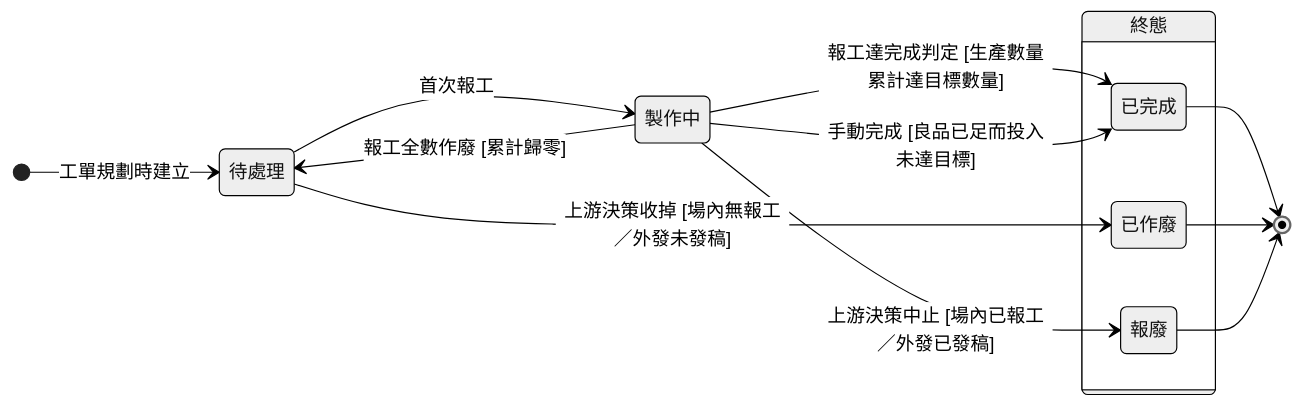
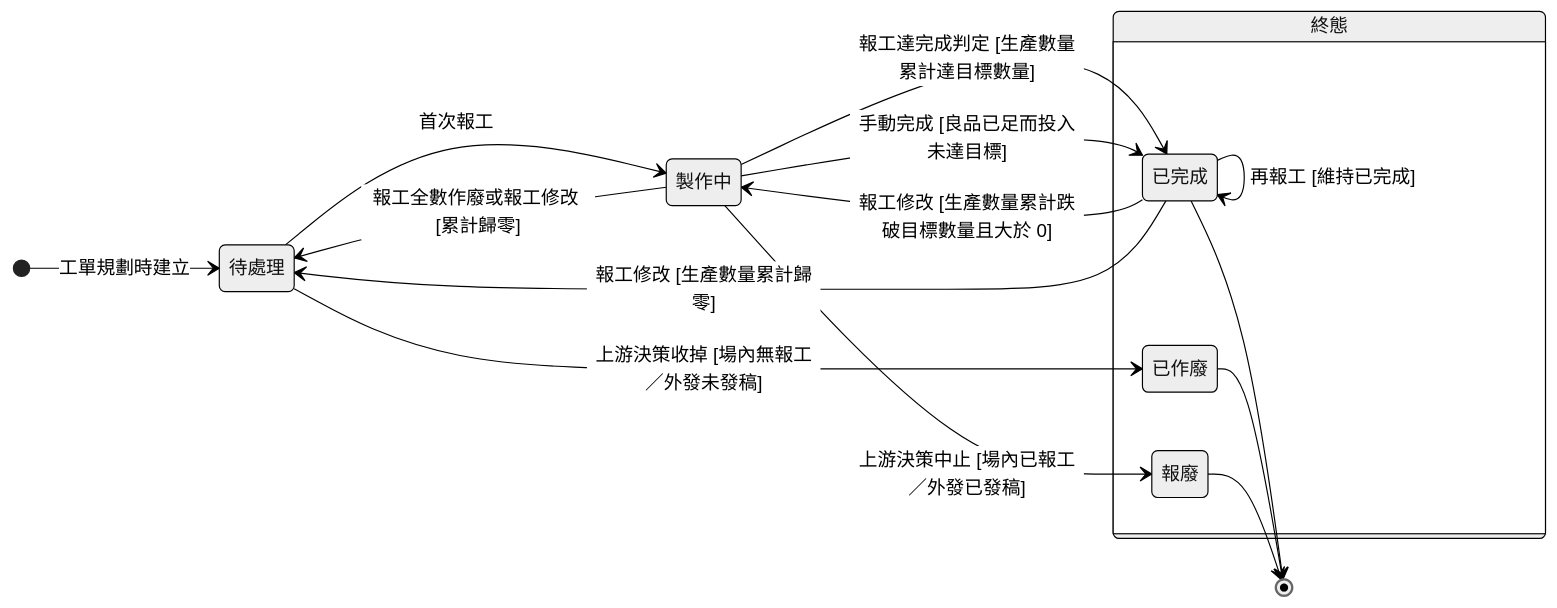
The diagram in memory/Sens_wiki/wiki/erp/06-state-machines/生產任務狀態.md (Kawato-Miles/erp-spec), drawn with Mermaid (neutral theme) before and after one commit. The commit also changed other lines of this file and 84 other files, not shown here.

````diff
--- a/memory/Sens_wiki/wiki/erp/06-state-machines/生產任務狀態.md
+++ b/memory/Sens_wiki/wiki/erp/06-state-machines/生產任務狀態.md
@@ -43,28 +43,31 @@
 ```mermaid
 stateDiagram-v2
     direction LR
 
     [*] --> s_pending : 工單規劃時建立
 
     state "待處理" as s_pending
     state "製作中" as s_making
 
     state "終態" as Final {
         state "已完成" as s_done
         state "已作廢" as s_void
         state "報廢" as s_scrap
     }
 
     s_pending --> s_making : 首次報工
     s_making --> s_done : 報工達完成判定 [生產數量累計達目標數量]
     s_making --> s_done : 手動完成 [良品已足而投入未達目標]
 
-    s_making --> s_pending : 報工全數作廢 [累計歸零]
+    s_making --> s_pending : 報工全數作廢或報工修改 [累計歸零]
+    s_done --> s_done : 再報工 [維持已完成]
+    s_done --> s_making : 報工修改 [生產數量累計跌破目標數量且大於 0]
+    s_done --> s_pending : 報工修改 [生產數量累計歸零]
 
     s_pending --> s_void : 上游決策收掉 [場內無報工／外發未發稿]
     s_making --> s_scrap : 上游決策中止 [場內已報工／外發已發稿]
 
     s_done --> [*]
     s_void --> [*]
     s_scrap --> [*]
 ```
````
